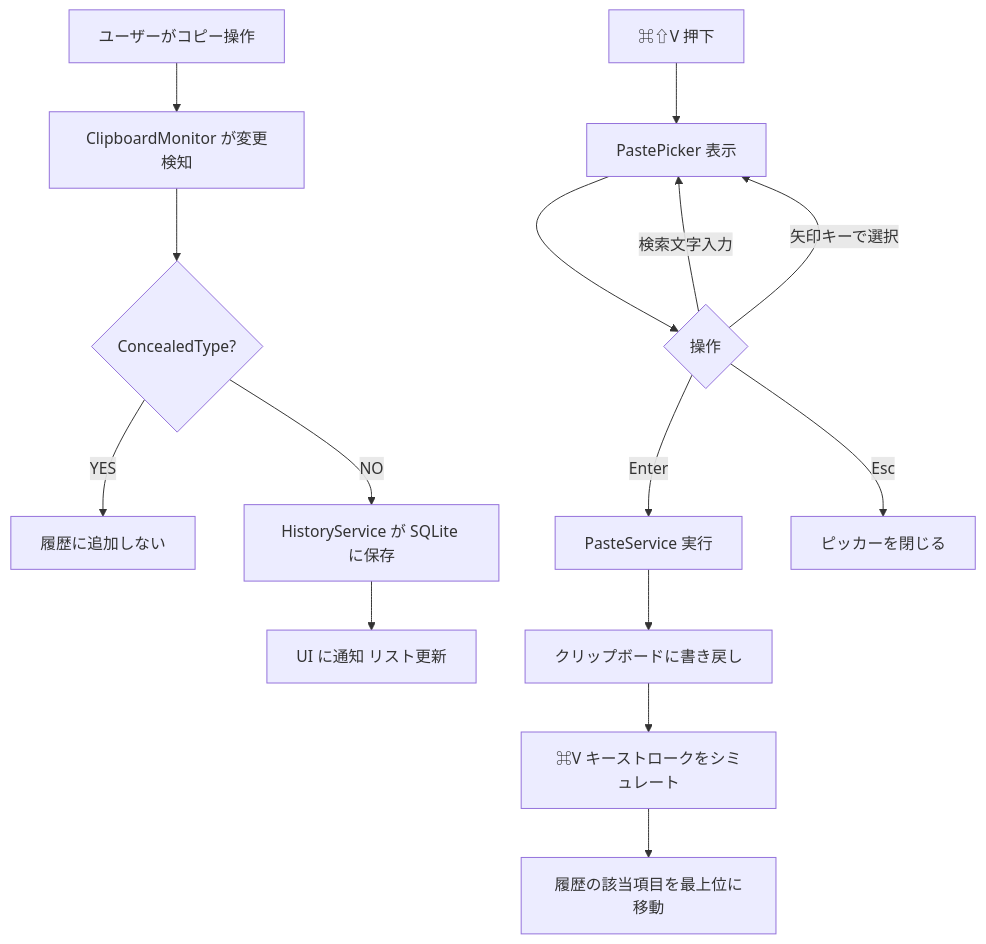
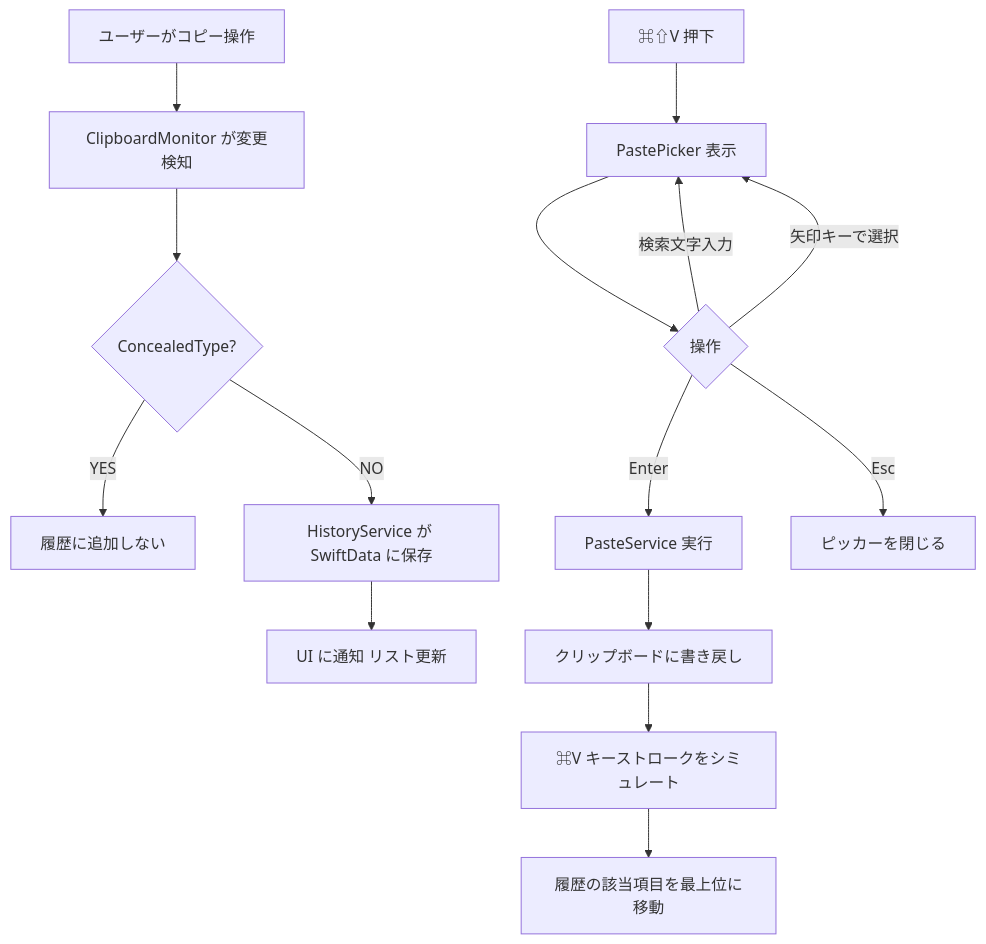
One commit to DIO0550/mac-clip-shelf changed the second of 2 diagrams in docs/clip-shelf/index.md. Above: the diagram before and after it, drawn with Mermaid. The commit also changed other lines of this file and 7 other files, not shown here.

First line of the commit message:
📝 [Doc]: #17 GRDB.swift/MASShortcut を SwiftData/KeyboardShortcuts に置き換え

````diff
--- a/docs/clip-shelf/index.md
+++ b/docs/clip-shelf/index.md
@@ -98,18 +99,18 @@
 ```mermaid
 flowchart TD
     A[ユーザーがコピー操作] --> B[ClipboardMonitor が変更検知]
     B --> C{ConcealedType?}
     C -->|YES| Z1[履歴に追加しない]
-    C -->|NO| D[HistoryService が SQLite に保存]
+    C -->|NO| D[HistoryService が SwiftData に保存]
     D --> E[UI に通知 リスト更新]
 
     F[⌘⇧V 押下] --> G[PastePicker 表示]
     G --> H{操作}
     H -->|検索文字入力| G
     H -->|矢印キーで選択| G
     H -->|Enter| I[PasteService 実行]
     H -->|Esc| Z2[ピッカーを閉じる]
     I --> J[クリップボードに書き戻し]
     J --> K[⌘V キーストロークをシミュレート]
     K --> L[履歴の該当項目を最上位に移動]
 ```
````
